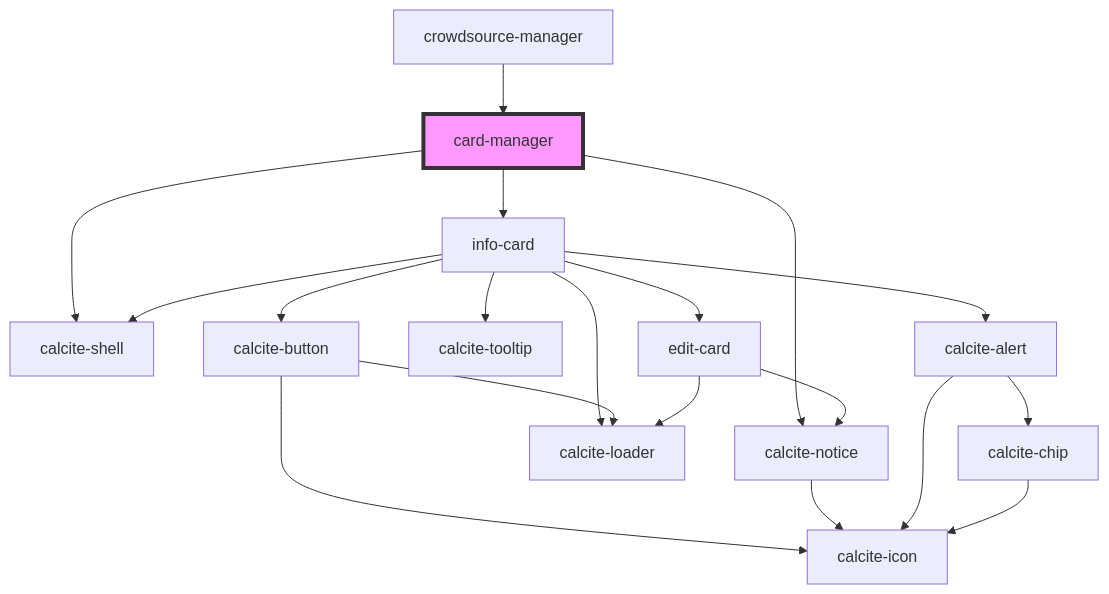
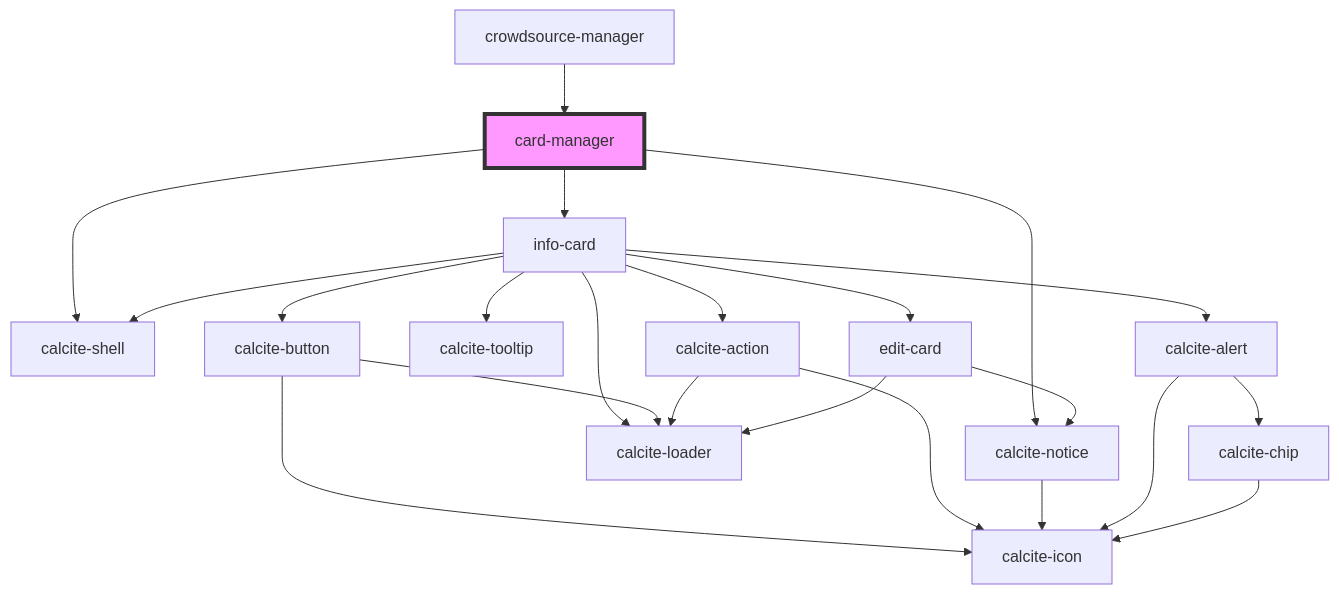
Before and after one commit to Esri/solutions-components: the diagram in src/components/card-manager/readme.md, drawn with Mermaid. The commit also changed 3 other files, not shown here.

````diff
--- a/src/components/card-manager/readme.md
+++ b/src/components/card-manager/readme.md
@@ -30,22 +30,25 @@
 ```mermaid
 graph TD;
   card-manager --> calcite-shell
   card-manager --> info-card
   card-manager --> calcite-notice
   info-card --> calcite-shell
   info-card --> calcite-loader
   info-card --> calcite-button
   info-card --> calcite-tooltip
+  info-card --> calcite-action
   info-card --> edit-card
   info-card --> calcite-alert
   calcite-button --> calcite-loader
   calcite-button --> calcite-icon
+  calcite-action --> calcite-loader
+  calcite-action --> calcite-icon
   edit-card --> calcite-notice
   edit-card --> calcite-loader
   calcite-notice --> calcite-icon
   calcite-alert --> calcite-icon
   calcite-alert --> calcite-chip
   calcite-chip --> calcite-icon
   crowdsource-manager --> card-manager
   style card-manager fill:#f9f,stroke:#333,stroke-width:4px
 ```
````
